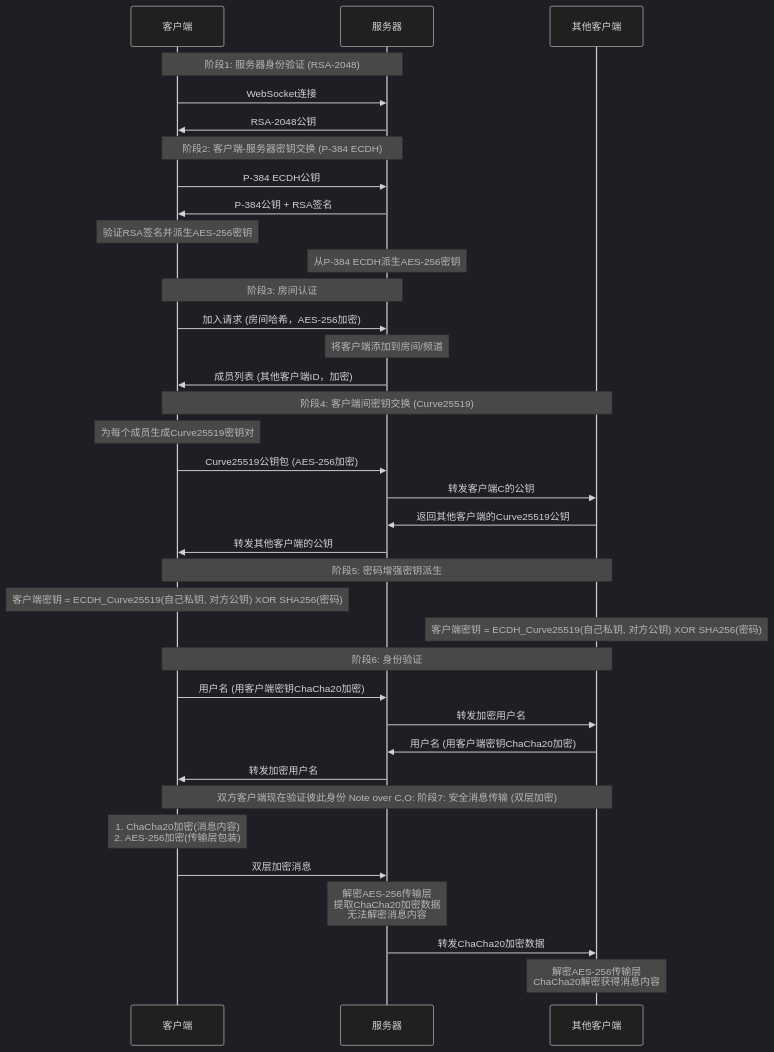
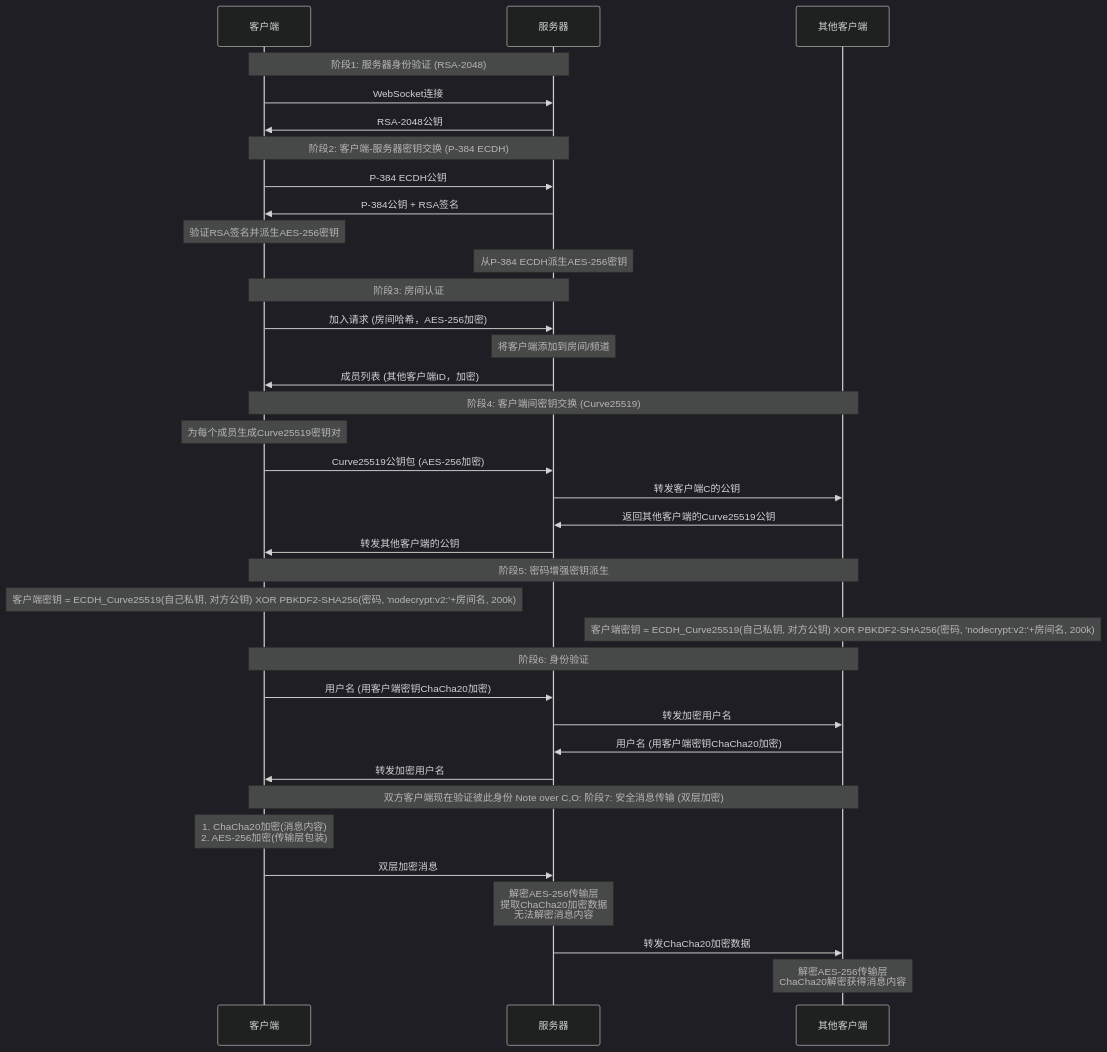
Before and after one commit to btc3149-bit/jiamiliaotian: the diagram in README.md, drawn with Mermaid (dark theme). The commit also changed other lines of this file and 1 other file, not shown here.

Commit message:
docs: D-1 correct room key derivation formula to PBKDF2-SHA256 200k in both READMEs and fix ISC license contradiction

````diff
--- a/README.md
+++ b/README.md
@@ -81,43 +81,43 @@
 ```mermaid
 sequenceDiagram
     participant C as 客户端
     participant S as 服务器
     participant O as 其他客户端
 
     Note over C,S: 阶段1: 服务器身份验证 (RSA-2048)
     C->>S: WebSocket连接
     S->>C: RSA-2048公钥
     
     Note over C,S: 阶段2: 客户端-服务器密钥交换 (P-384 ECDH)
     C->>S: P-384 ECDH公钥
     S->>C: P-384公钥 + RSA签名
     Note over C: 验证RSA签名并派生AES-256密钥
     Note over S: 从P-384 ECDH派生AES-256密钥
     
     Note over C,S: 阶段3: 房间认证
     C->>S: 加入请求 (房间哈希，AES-256加密)
     Note over S: 将客户端添加到房间/频道
     S->>C: 成员列表 (其他客户端ID，加密)
       Note over C,O: 阶段4: 客户端间密钥交换 (Curve25519)
     Note over C: 为每个成员生成Curve25519密钥对
     C->>S: Curve25519公钥包 (AES-256加密)
     S->>O: 转发客户端C的公钥
     O->>S: 返回其他客户端的Curve25519公钥
     S->>C: 转发其他客户端的公钥
     
     Note over C,O: 阶段5: 密码增强密钥派生
-    Note over C: 客户端密钥 = ECDH_Curve25519(自己私钥, 对方公钥) XOR SHA256(密码)
-    Note over O: 客户端密钥 = ECDH_Curve25519(自己私钥, 对方公钥) XOR SHA256(密码)
+    Note over C: 客户端密钥 = ECDH_Curve25519(自己私钥, 对方公钥) XOR PBKDF2-SHA256(密码, 'nodecrypt:v2:'+房间名, 200k)
+    Note over O: 客户端密钥 = ECDH_Curve25519(自己私钥, 对方公钥) XOR PBKDF2-SHA256(密码, 'nodecrypt:v2:'+房间名, 200k)
     
     Note over C,O: 阶段6: 身份验证
     C->>S: 用户名 (用客户端密钥ChaCha20加密)
     S->>O: 转发加密用户名
     O->>S: 用户名 (用客户端密钥ChaCha20加密)
     S->>C: 转发加密用户名
     Note over C,O: 双方客户端现在验证彼此身份    Note over C,O: 阶段7: 安全消息传输 (双层加密)
     Note over C: 1. ChaCha20加密(消息内容)<br/>2. AES-256加密(传输层包装)
     C->>S: 双层加密消息
     Note over S: 解密AES-256传输层<br/>提取ChaCha20加密数据<br/>无法解密消息内容
     S->>O: 转发ChaCha20加密数据
     Note over O: 解密AES-256传输层<br/>ChaCha20解密获得消息内容
 ```
````
